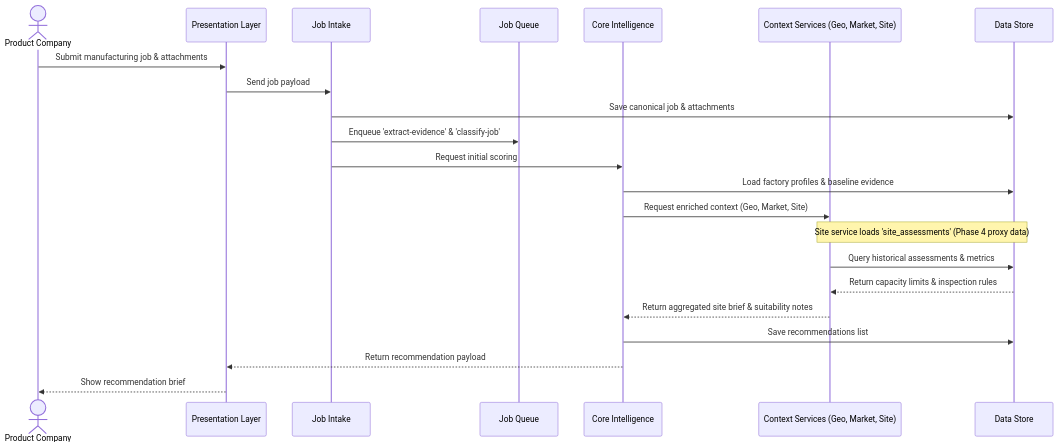
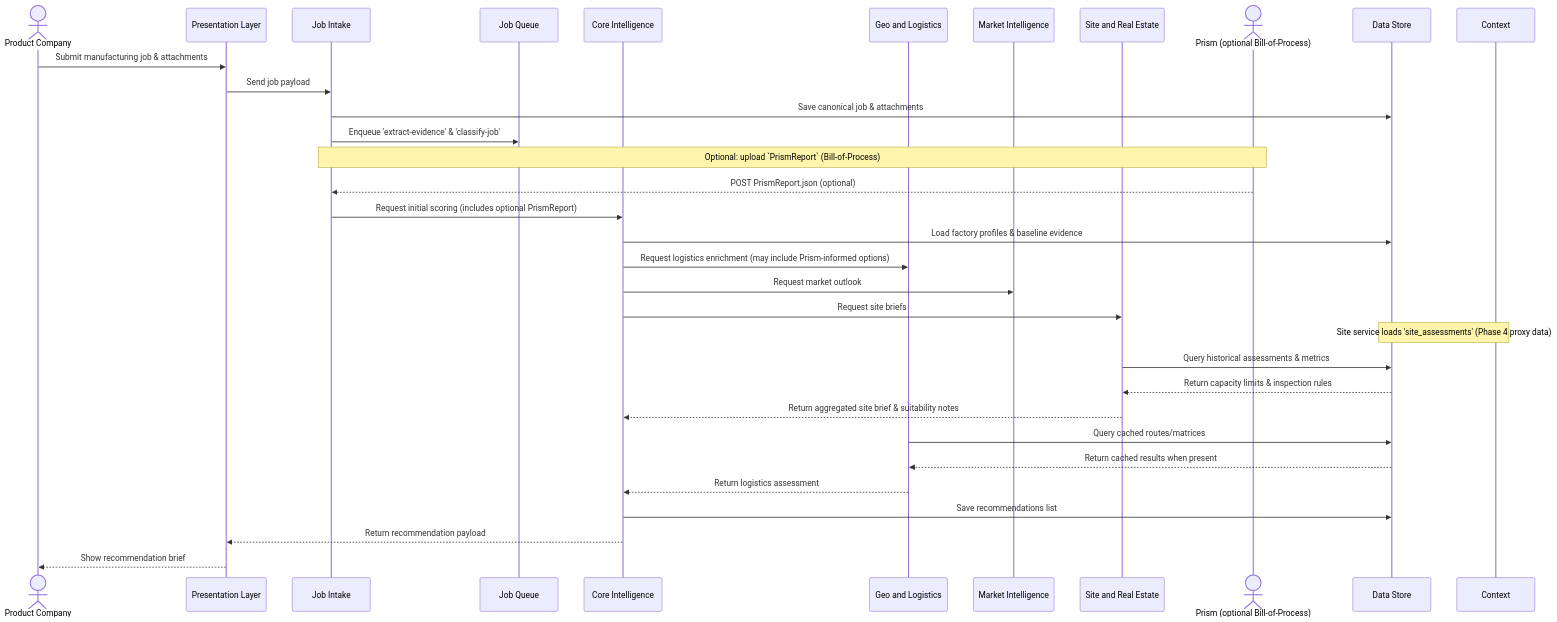
Before and after one commit to npc-chris/dfn-discovery: the first of 4 diagrams in docs/DFN_SEQUENCE_DIAGRAMS.md, drawn with Mermaid. The commit also changed other lines of this file and 6 other files, not shown here.

Commit message:
feat(docs): expand documentation for Geo and Logistics services, including adapter details and implementation guidelines

````diff
--- a/docs/DFN_SEQUENCE_DIAGRAMS.md
+++ b/docs/DFN_SEQUENCE_DIAGRAMS.md
@@ -7,25 +7,35 @@
 ```mermaid
 sequenceDiagram
     actor Company as Product Company
     participant UI as Presentation Layer
     participant Intake as Job Intake
     participant Queue as Job Queue
     participant Core as Core Intelligence
-    participant Context as Context Services (Geo, Market, Site)
+    participant Geo as Geo and Logistics
+    participant Market as Market Intelligence
+    participant Site as Site and Real Estate
+    actor Prism as Prism (optional Bill-of-Process)
     participant DB as Data Store
 
     Company->>UI: Submit manufacturing job & attachments
     UI->>Intake: Send job payload
     Intake->>DB: Save canonical job & attachments
     Intake->>Queue: Enqueue 'extract-evidence' & 'classify-job'
-    Intake->>Core: Request initial scoring
+    Note over Intake, Prism: Optional: upload `PrismReport` (Bill-of-Process)
+    Prism-->>Intake: POST PrismReport.json (optional)
+    Intake->>Core: Request initial scoring (includes optional PrismReport)
     Core->>DB: Load factory profiles & baseline evidence
-    Core->>Context: Request enriched context (Geo, Market, Site)
+    Core->>Geo: Request logistics enrichment (may include Prism-informed options)
+    Core->>Market: Request market outlook
+    Core->>Site: Request site briefs
     Note over Context, DB: Site service loads 'site_assessments' (Phase 4 proxy data)
-    Context->>DB: Query historical assessments & metrics
-    DB-->>Context: Return capacity limits & inspection rules
-    Context-->>Core: Return aggregated site brief & suitability notes
+    Site->>DB: Query historical assessments & metrics
+    DB-->>Site: Return capacity limits & inspection rules
+    Site-->>Core: Return aggregated site brief & suitability notes
+    Geo->>DB: Query cached routes/matrices
+    DB-->>Geo: Return cached results when present
+    Geo-->>Core: Return logistics assessment
     Core->>DB: Save recommendations list
     Core-->>UI: Return recommendation payload
     UI-->>Company: Show recommendation brief
 ```
````
